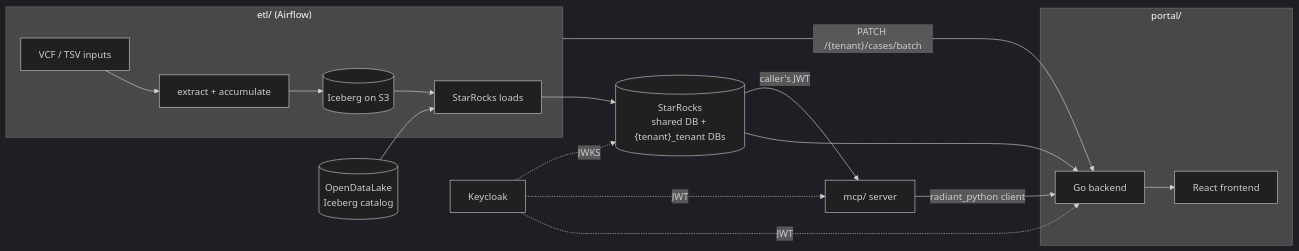
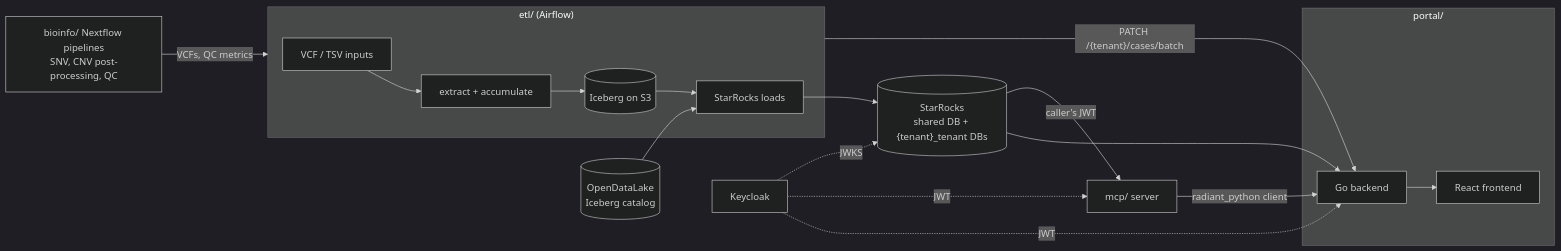
One commit to radiant-network/radiant-hub changed the diagram in docs/architecture/overview.md. Above: the diagram before and after it, drawn with Mermaid (dark theme). The commit also changed other lines of this file and 10 other files, not shown here.

First line of the commit message:
feat(hub): add bioinfo category for the Nextflow pipelines run by the ETL

````diff
--- a/docs/architecture/overview.md
+++ b/docs/architecture/overview.md
@@ -3,21 +3,22 @@
 ```mermaid
 flowchart LR
+  NF["bioinfo/ Nextflow pipelines<br/>SNV, CNV post-processing, QC"] -->|VCFs, QC metrics| etl
   subgraph etl["etl/ (Airflow)"]
     VCF[VCF / TSV inputs] --> Extract[extract + accumulate]
     Extract --> Iceberg[(Iceberg on S3)]
     Iceberg --> Load[StarRocks loads]
   end
   ODL[(OpenDataLake<br/>Iceberg catalog)] --> Load
   Load --> SR[("StarRocks<br/>shared DB + {tenant}_tenant DBs")]
 
   subgraph portal["portal/"]
     BE[Go backend] --> FE[React frontend]
   end
   SR --> BE
   SR -->|caller's JWT| MCP["mcp/ server"]
   MCP -->|radiant_python client| BE
   etl -->|"PATCH /{tenant}/cases/batch"| BE
   KC[Keycloak] -. JWT .-> BE
   KC -. JWT .-> MCP
   KC -. JWKS .-> SR
 ```
````
